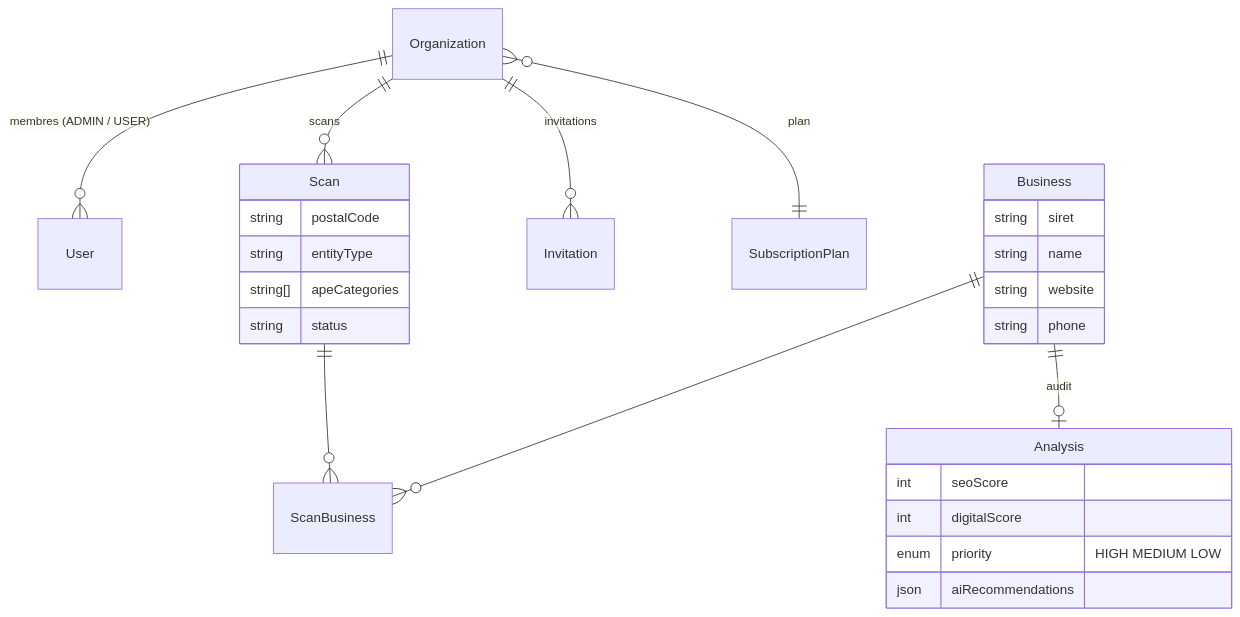
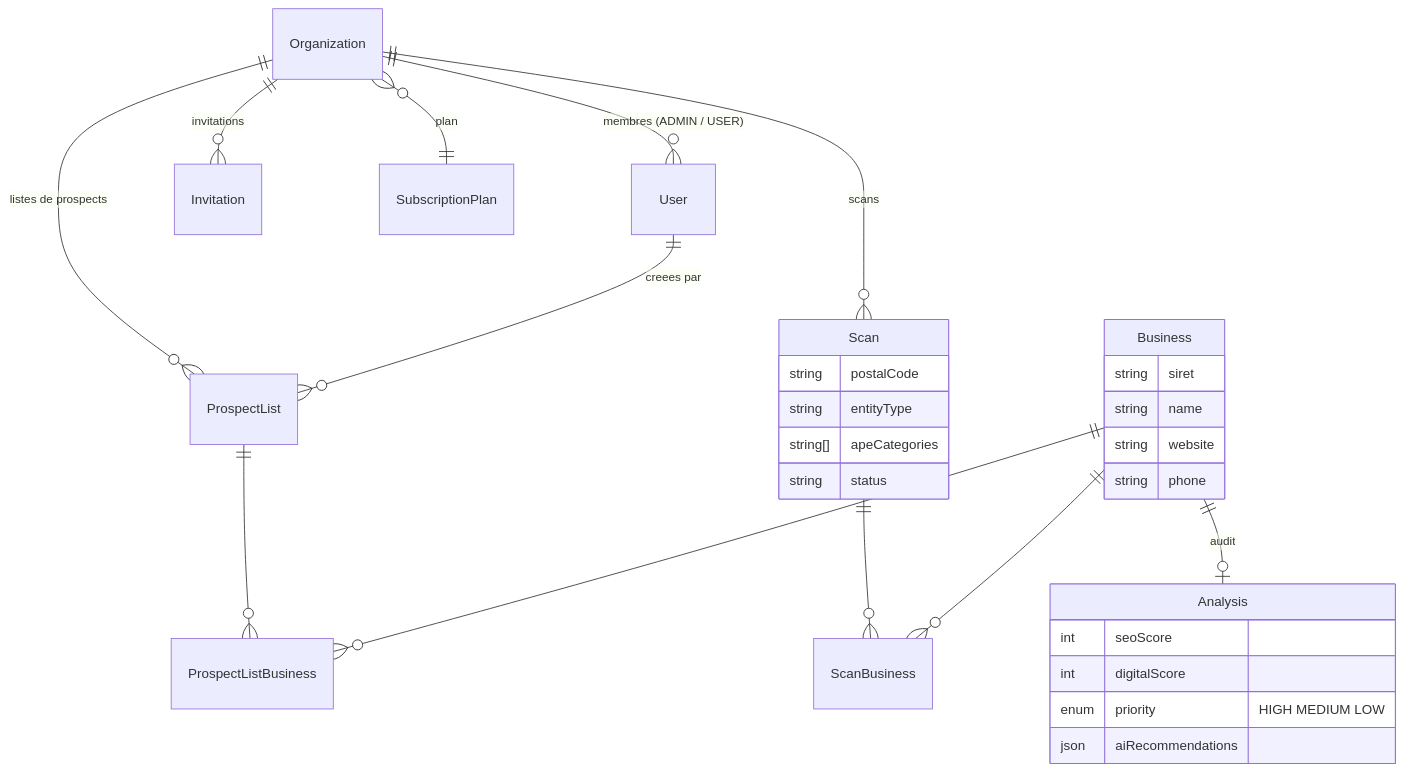
Before and after one commit to PierreDenaes/commerce-hunter: the second of 2 diagrams in README.md, drawn with Mermaid. The commit also changed other lines of this file, not shown here.

Commit message:
docs: complete ER diagram — prospect lists relations

````diff
--- a/README.md
+++ b/README.md
@@ -197,29 +197,33 @@
 ```mermaid
 erDiagram
     Organization ||--o{ User : "membres (ADMIN / USER)"
     Organization ||--o{ Scan : "scans"
     Organization ||--o{ Invitation : "invitations"
+    Organization ||--o{ ProspectList : "listes de prospects"
     Organization }o--|| SubscriptionPlan : "plan"
+    User ||--o{ ProspectList : "creees par"
     Scan ||--o{ ScanBusiness : ""
     Business ||--o{ ScanBusiness : ""
+    ProspectList ||--o{ ProspectListBusiness : ""
+    Business ||--o{ ProspectListBusiness : ""
     Business ||--o| Analysis : "audit"
 
     Scan {
         string postalCode
         string entityType
         string[] apeCategories
         string status
     }
     Business {
         string siret
         string name
         string website
         string phone
     }
     Analysis {
         int seoScore
         int digitalScore
         enum priority "HIGH MEDIUM LOW"
         json aiRecommendations
     }
 ```
````
